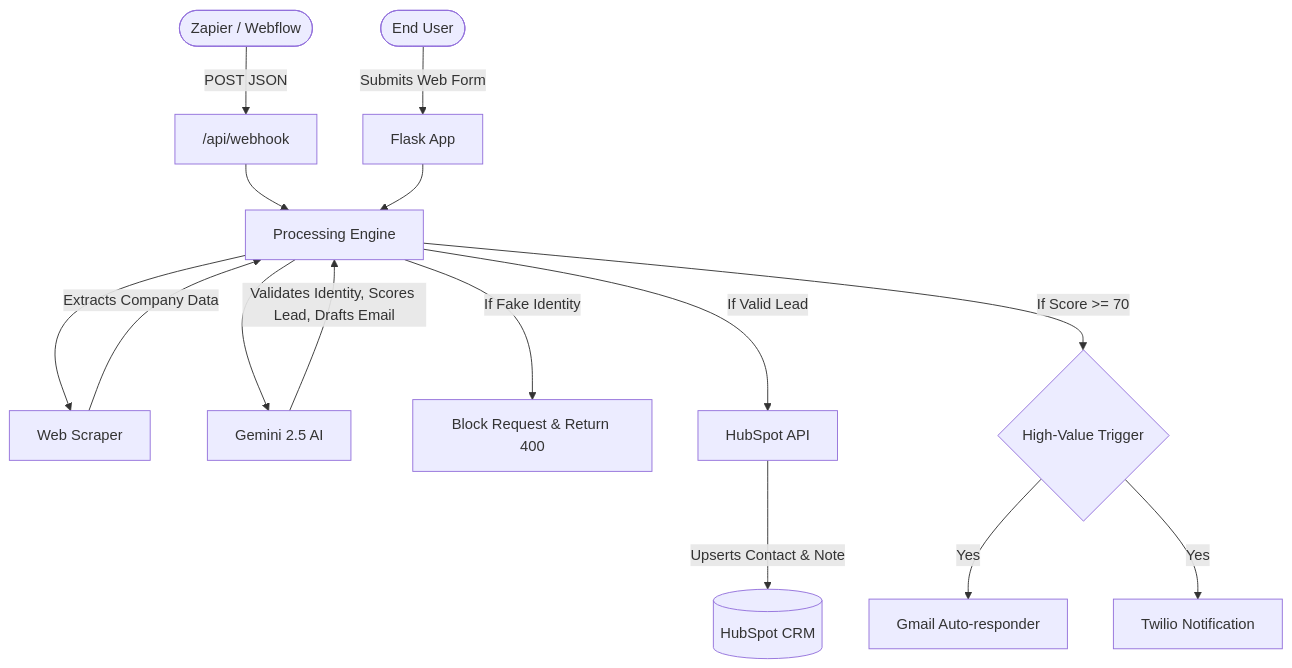
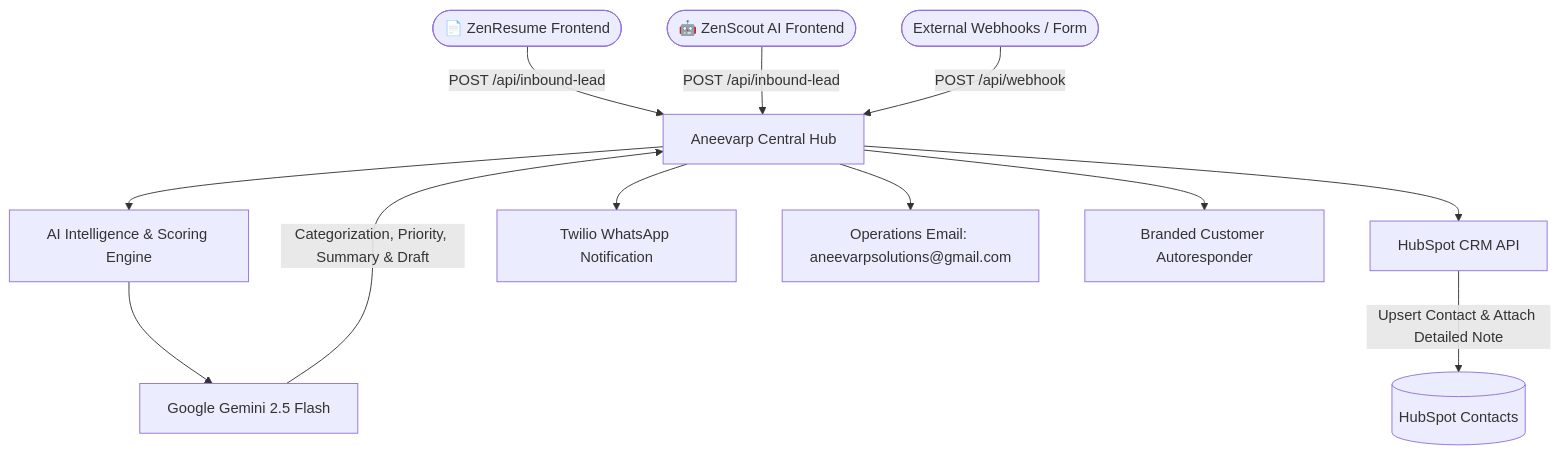
The diagram in README.md (jagadeesvarrao-design/CRM-PROJECT-), drawn with Mermaid before and after one commit. The commit also changed other lines of this file and 7 other files, not shown here.

Commit message:
Refactor CRM Hub for Aneevarp Solutions multi-product ingestion (ZenResume & ZenScout AI)

````diff
--- a/README.md
+++ b/README.md
@@ -16,22 +20,17 @@
 ```mermaid
 graph TD
-    User([End User]) -->|Submits Web Form| Flask[Flask App]
-    ThirdParty([Zapier / Webflow]) -->|POST JSON| Webhook["/api/webhook"]
-    Webhook --> Engine[Processing Engine]
-    Flask --> Engine
+    ZenResume([📄 ZenResume Frontend]) -->|POST /api/inbound-lead| Hub[Aneevarp Central Hub]
+    ZenScout([🤖 ZenScout AI Frontend]) -->|POST /api/inbound-lead| Hub
+    ThirdParty([External Webhooks / Form]) -->|POST /api/webhook| Hub
     
-    Engine --> Scraper[Web Scraper]
-    Scraper -->|Extracts Company Data| Engine
+    Hub --> Engine[AI Intelligence & Scoring Engine]
+    Engine --> AI[Google Gemini 2.5 Flash]
+    AI -->|Categorization, Priority, Summary & Draft| Hub
     
-    Engine --> AI[Gemini 2.5 AI]
-    AI -->|Validates Identity, Scores Lead, Drafts Email| Engine
+    Hub --> CRM[HubSpot CRM API]
+    CRM -->|Upsert Contact & Attach Detailed Note| DB[(HubSpot Contacts)]
     
-    Engine -->|If Fake Identity| Reject[Block Request & Return 400]
-    Engine -->|If Valid Lead| CRM[HubSpot API]
-    
-    CRM -->|Upserts Contact & Note| DB[(HubSpot CRM)]
-    
-    Engine -->|If Score >= 70| Alerts{High-Value Trigger}
-    Alerts -->|Yes| Email[Gmail Auto-responder]
-    Alerts -->|Yes| WhatsApp[Twilio Notification]
+    Hub --> WhatsApp[Twilio WhatsApp Notification]
+    Hub --> TeamEmail[Operations Email: aneevarpsolutions@gmail.com]
+    Hub --> Autoresponder[Branded Customer Autoresponder]
 ```
````
